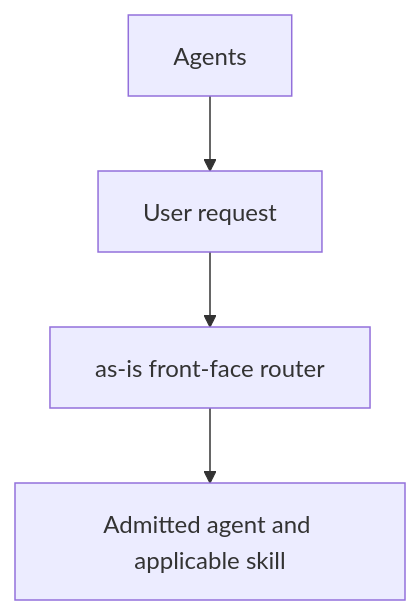
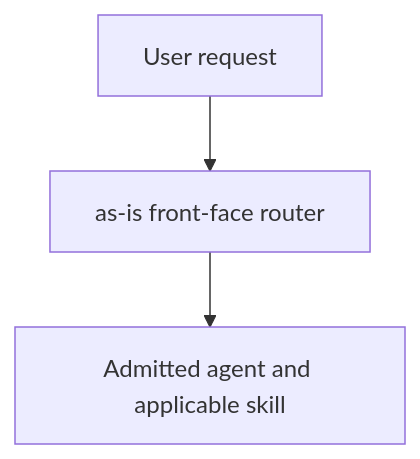
Before and after one commit to abstract-business-systems/as-is: the first of 2 diagrams in agents/as-is/as-is.md, drawn with Mermaid. The commit also changed other lines of this file and 51 other files, not shown here.

Commit message:
docs(as-is): improve hierarchical architecture documentation

````diff
--- a/agents/as-is/as-is.md
+++ b/agents/as-is/as-is.md
@@ -27,8 +27,5 @@
 ```mermaid
 flowchart TD
-    Parent["Agents"] --> A["User request"]
-    A --> B["as-is front-face router"]
+    A["User request"] --> B["as-is front-face router"]
     B --> C["Admitted agent and applicable skill"]
-
-    click Parent href "../as-is.md#design" "Open Agents design"
 ```
````
